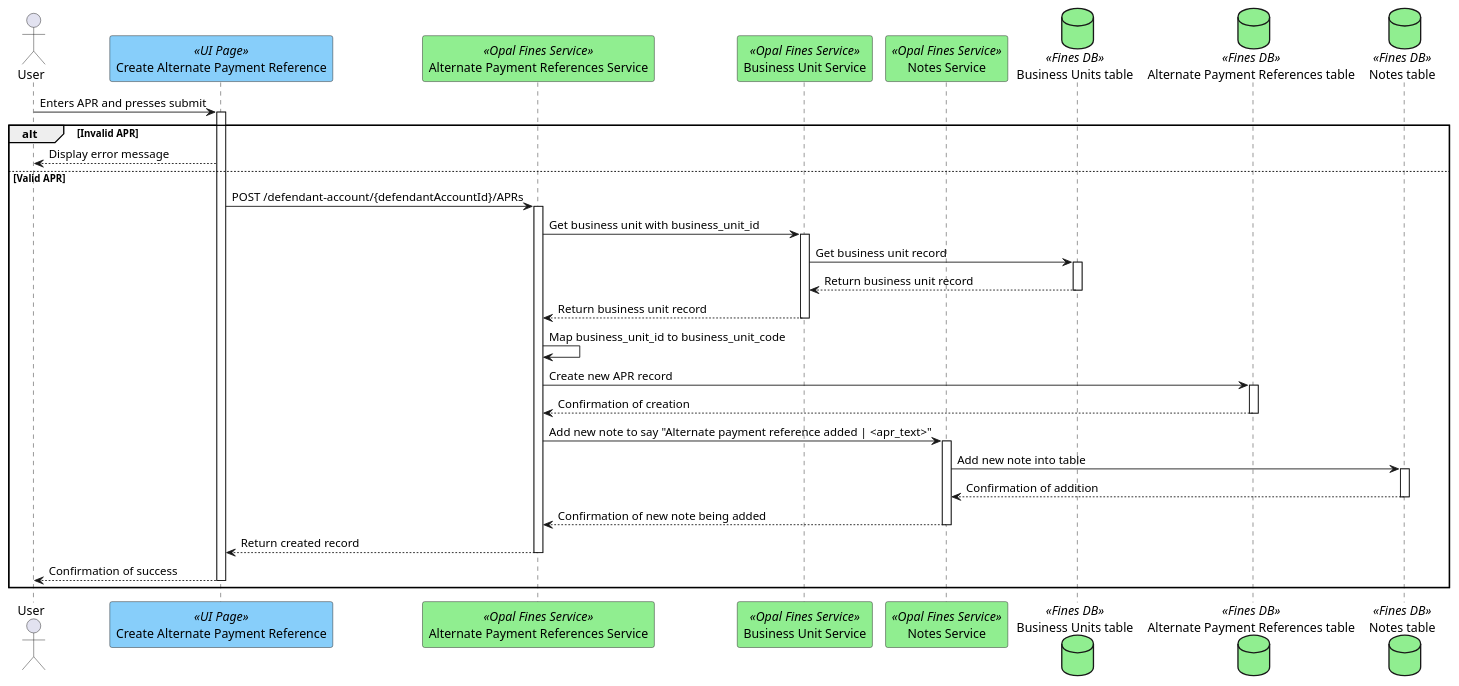
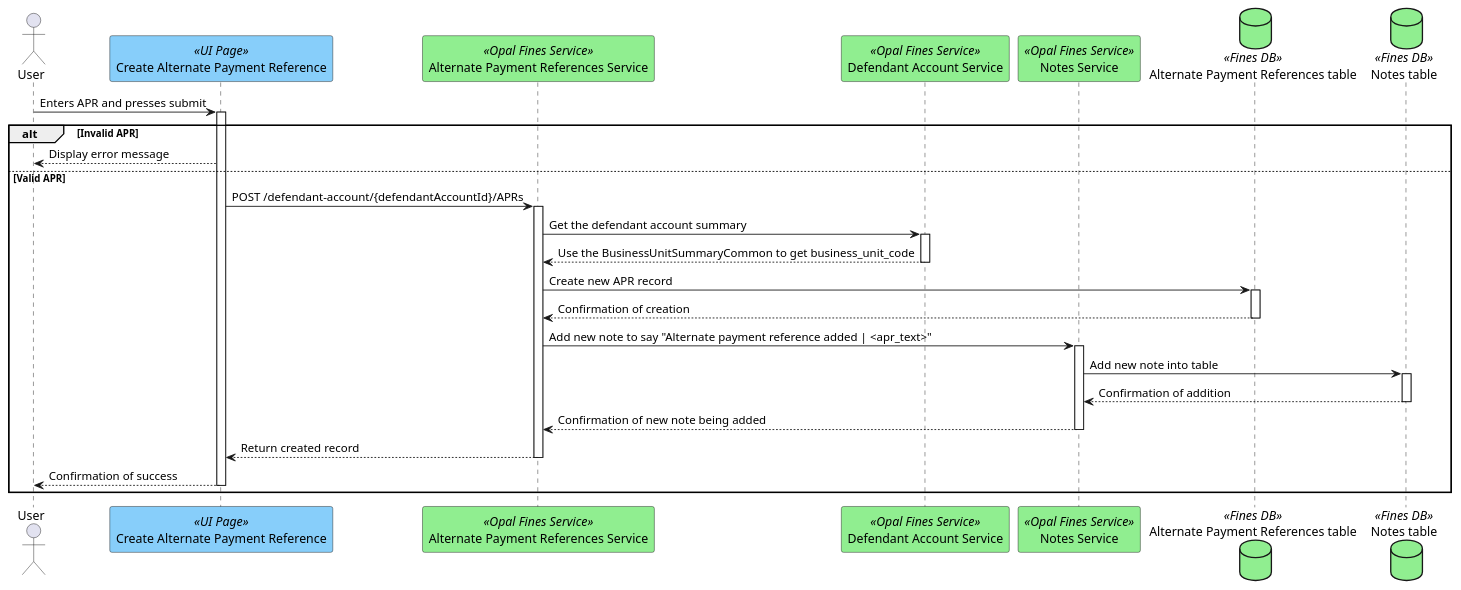
One commit to hmcts/opal-docs changed the diagram in plantUML/external-interfaces/create-apr.puml. Above: the diagram before and after it, drawn with PlantUML.

Commit message:
Deriving businessUnitId rather than accepting from fe for EI10

```diff
--- a/plantUML/external-interfaces/create-apr.puml
+++ b/plantUML/external-interfaces/create-apr.puml
@@ -1,30 +1,26 @@
 @startuml
 actor "User" as user
 participant "Create Alternate Payment Reference" as uiPage <<UI Page>> #lightskyblue
 participant "Alternate Payment References Service" as alternatePaymentReferencesService <<Opal Fines Service>> #lightgreen
-participant "Business Unit Service" as businessUnitService <<Opal Fines Service>> #lightgreen
+participant "Defendant Account Service" as defendantAccountService <<Opal Fines Service>> #lightgreen
 participant "Notes Service" as notesService <<Opal Fines Service>> #lightgreen
-database "Business Units table" as businessUnitsTable <<Fines DB>>#lightgreen
 database "Alternate Payment References table" as aprTable <<Fines DB>>#lightgreen
 database "Notes table" as notesTable <<Fines DB>>#lightgreen
 
 user -> uiPage ++ : Enters APR and presses submit
 alt Invalid APR
     uiPage --> user : Display error message
 else Valid APR
     uiPage -> alternatePaymentReferencesService ++ : POST /defendant-account/{defendantAccountId}/APRs
-    alternatePaymentReferencesService -> businessUnitService ++ : Get business unit with business_unit_id
-    businessUnitService -> businessUnitsTable ++ : Get business unit record
-    businessUnitsTable --> businessUnitService -- : Return business unit record
-    businessUnitService --> alternatePaymentReferencesService -- : Return business unit record
-    alternatePaymentReferencesService -> alternatePaymentReferencesService : Map business_unit_id to business_unit_code
+    alternatePaymentReferencesService -> defendantAccountService ++ : Get the defendant account summary
+    defendantAccountService --> alternatePaymentReferencesService -- : Use the BusinessUnitSummaryCommon to get business_unit_code
     alternatePaymentReferencesService -> aprTable ++ : Create new APR record
     aprTable --> alternatePaymentReferencesService -- : Confirmation of creation
     alternatePaymentReferencesService -> notesService ++ :  Add new note to say "Alternate payment reference added | <apr_text>"
     notesService -> notesTable ++ : Add new note into table
     notesTable --> notesService -- : Confirmation of addition
     notesService --> alternatePaymentReferencesService -- : Confirmation of new note being added
     alternatePaymentReferencesService --> uiPage -- : Return created record
     uiPage --> user -- : Confirmation of success
 end
 @enduml
```
